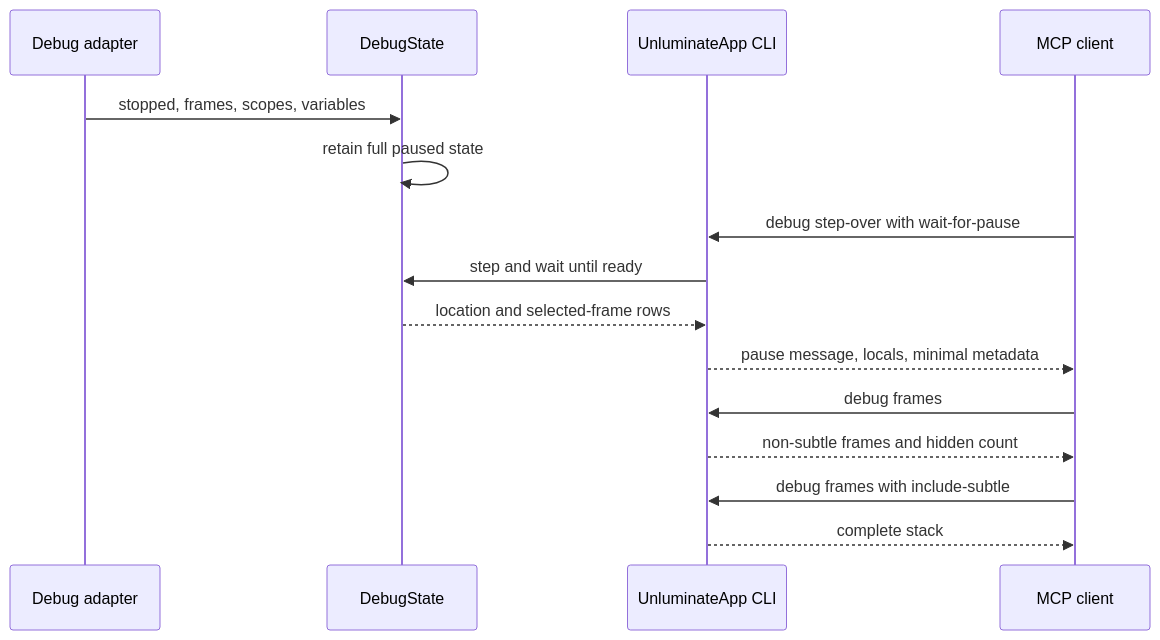
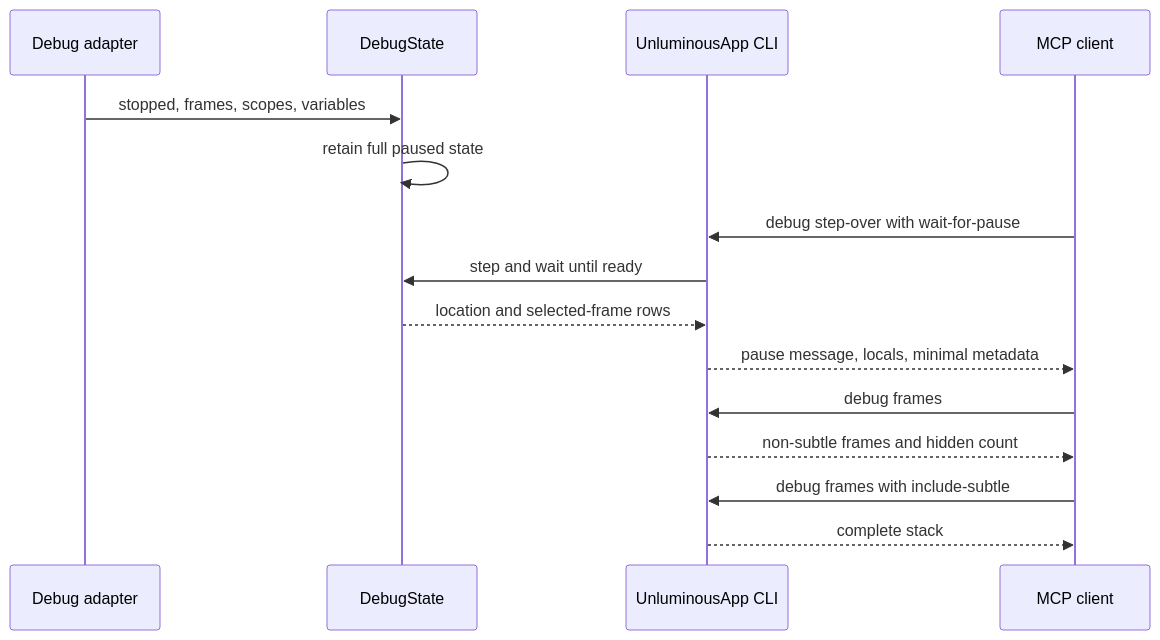
One commit to Black-Rainbow-Labs/Unluminous changed the second of 2 diagrams in tasks/task-1700-debug-replies-tdd.md. Above: the diagram before and after it, drawn with Mermaid. The commit also changed other lines of this file and 1327 other files, not shown here.

````diff
--- a/tasks/task-1700-debug-replies-tdd.md
+++ b/tasks/task-1700-debug-replies-tdd.md
@@ -79,17 +79,17 @@
 ```mermaid
 sequenceDiagram
     participant Adapter as Debug adapter
     participant State as DebugState
-    participant CLI as UnluminateApp CLI
+    participant CLI as UnluminousApp CLI
     participant Agent as MCP client
     Adapter->>State: stopped, frames, scopes, variables
     State->>State: retain full paused state
     Agent->>CLI: debug step-over with wait-for-pause
     CLI->>State: step and wait until ready
     State-->>CLI: location and selected-frame rows
     CLI-->>Agent: pause message, locals, minimal metadata
     Agent->>CLI: debug frames
     CLI-->>Agent: non-subtle frames and hidden count
     Agent->>CLI: debug frames with include-subtle
     CLI-->>Agent: complete stack
 ```
````
